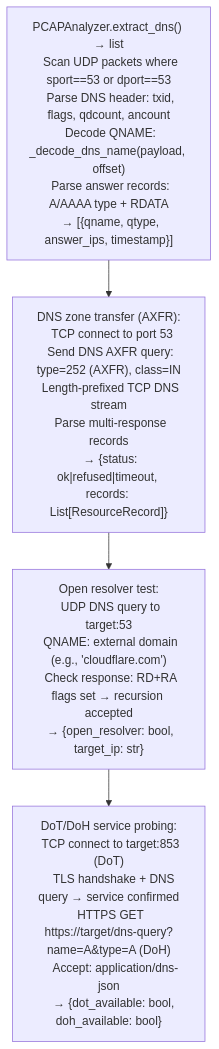
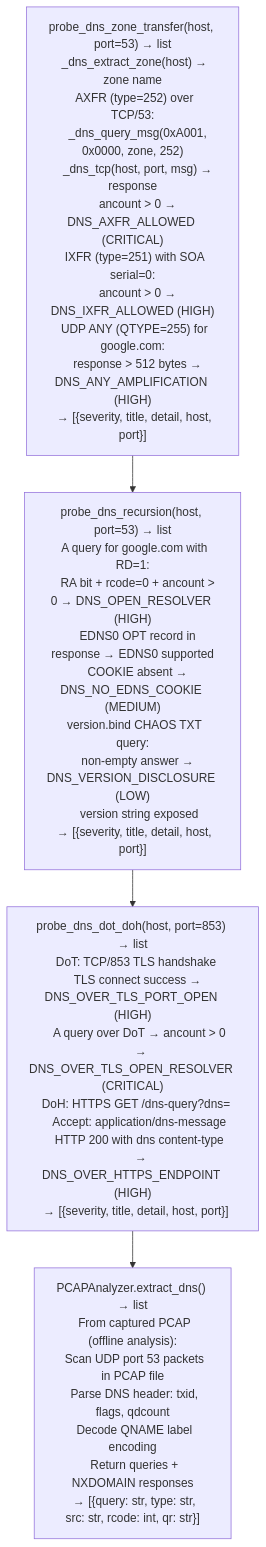
One commit to Ablation-Tool/ablation changed the diagram in docs/reference-modules/dns-service-posture.md. Above: the diagram before and after it, drawn with Mermaid. The commit also changed other lines of this file and 16 other files, not shown here.

````diff
--- a/docs/reference-modules/dns-service-posture.md
+++ b/docs/reference-modules/dns-service-posture.md
@@ -19,6 +19,6 @@
 ```mermaid
 flowchart TD
-    A["PCAPAnalyzer.extract_dns() → list\n  Scan UDP packets where sport==53 or dport==53\n  Parse DNS header: txid, flags, qdcount, ancount\n  Decode QNAME: _decode_dns_name(payload, offset)\n  Parse answer records: A/AAAA type + RDATA\n  → [{qname, qtype, answer_ips, timestamp}]"] --> B["DNS zone transfer (AXFR):\n  TCP connect to port 53\n  Send DNS AXFR query: type=252 (AXFR), class=IN\n  Length-prefixed TCP DNS stream\n  Parse multi-response records\n  → {status: ok|refused|timeout, records: List[ResourceRecord]}"]
-    B --> C["Open resolver test:\n  UDP DNS query to target:53\n  QNAME: external domain (e.g., 'cloudflare.com')\n  Check response: RD+RA flags set → recursion accepted\n  → {open_resolver: bool, target_ip: str}"]
-    C --> D["DoT/DoH service probing:\n  TCP connect to target:853 (DoT)\n    TLS handshake + DNS query → service confirmed\n  HTTPS GET https://target/dns-query?name=A&type=A (DoH)\n    Accept: application/dns-json\n    → {dot_available: bool, doh_available: bool}"]
+    A["probe_dns_zone_transfer(host, port=53) → list\n  _dns_extract_zone(host) → zone name\n  AXFR (type=252) over TCP/53:\n    _dns_query_msg(0xA001, 0x0000, zone, 252)\n    _dns_tcp(host, port, msg) → response\n    ancount > 0 → DNS_AXFR_ALLOWED (CRITICAL)\n  IXFR (type=251) with SOA serial=0:\n    ancount > 0 → DNS_IXFR_ALLOWED (HIGH)\n  UDP ANY (QTYPE=255) for google.com:\n    response > 512 bytes → DNS_ANY_AMPLIFICATION (HIGH)\n  → [{severity, title, detail, host, port}]"] --> B["probe_dns_recursion(host, port=53) → list\n  A query for google.com with RD=1:\n    RA bit + rcode=0 + ancount > 0 → DNS_OPEN_RESOLVER (HIGH)\n    EDNS0 OPT record in response → EDNS0 supported\n    COOKIE absent → DNS_NO_EDNS_COOKIE (MEDIUM)\n  version.bind CHAOS TXT query:\n    non-empty answer → DNS_VERSION_DISCLOSURE (LOW)\n    version string exposed\n  → [{severity, title, detail, host, port}]"]
+    B --> C["probe_dns_dot_doh(host, port=853) → list\n  DoT: TCP/853 TLS handshake\n    TLS connect success → DNS_OVER_TLS_PORT_OPEN (HIGH)\n    A query over DoT → ancount > 0\n      → DNS_OVER_TLS_OPEN_RESOLVER (CRITICAL)\n  DoH: HTTPS GET /dns-query?dns=<b64url-encoded-wire-query>\n    Accept: application/dns-message\n    HTTP 200 with dns content-type\n      → DNS_OVER_HTTPS_ENDPOINT (HIGH)\n  → [{severity, title, detail, host, port}]"]
+    C --> D["PCAPAnalyzer.extract_dns() → list\n  From captured PCAP (offline analysis):\n  Scan UDP port 53 packets in PCAP file\n  Parse DNS header: txid, flags, qdcount\n  Decode QNAME label encoding\n  Return queries + NXDOMAIN responses\n  → [{query: str, type: str, src: str, rcode: int, qr: str}]"]
 ```
````
